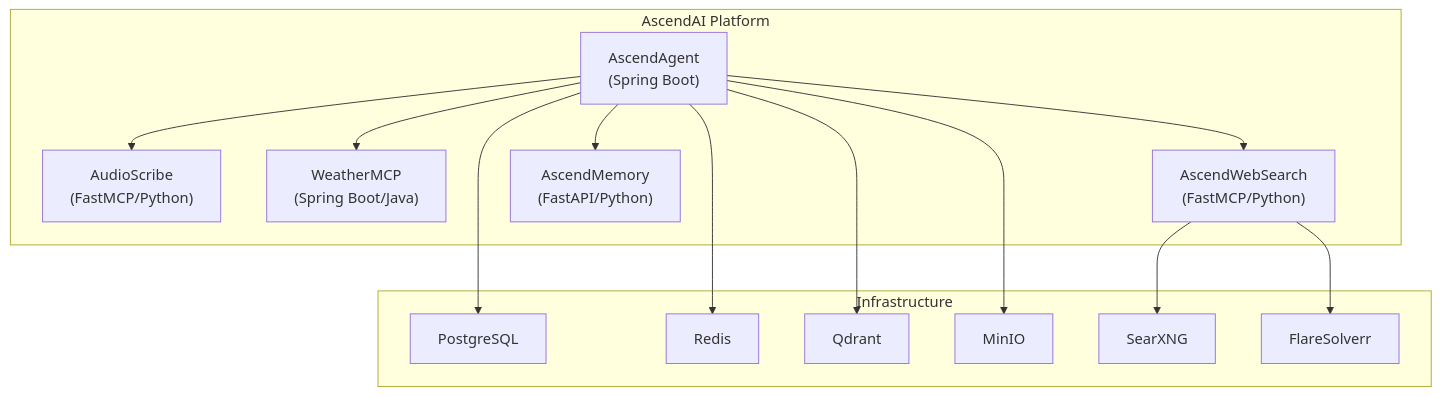
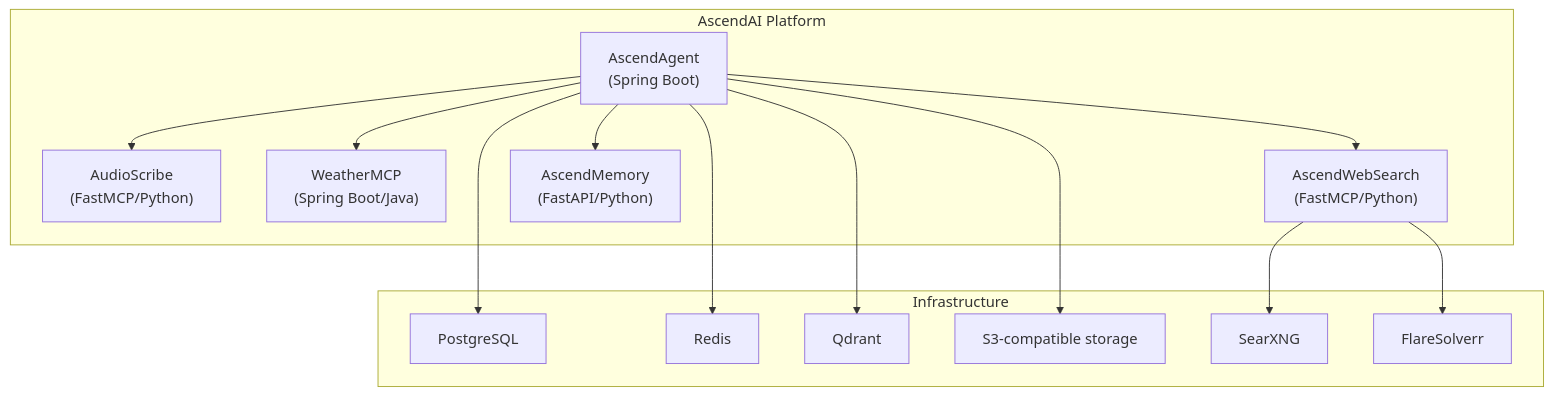
The first of 2 diagrams in AscendAgent/docs/architecture/arc42/05-building-block-view.md (Lukk17/AscendAI), drawn with Mermaid before and after one commit. The commit also changed 207 other files, not shown here.

First line of the commit message:
feat(storage): replace MinIO with Floci as the local object store

````diff
--- a/AscendAgent/docs/architecture/arc42/05-building-block-view.md
+++ b/AscendAgent/docs/architecture/arc42/05-building-block-view.md
@@ -7,30 +7,30 @@
 ```mermaid
 graph TB
     subgraph "AscendAI Platform"
         AscendAgent["AscendAgent<br/>(Spring Boot)"]
         AudioScribe["AudioScribe<br/>(FastMCP/Python)"]
         Weather["WeatherMCP<br/>(Spring Boot/Java)"]
         WebSearch["AscendWebSearch<br/>(FastMCP/Python)"]
         Memory["AscendMemory<br/>(FastAPI/Python)"]
     end
 
     subgraph "Infrastructure"
         Postgres["PostgreSQL"]
         Redis["Redis"]
         Qdrant["Qdrant"]
-        MinIO["MinIO"]
+        S3["S3-compatible storage"]
         SearXNG["SearXNG"]
         FlareSolverr["FlareSolverr"]
     end
 
     AscendAgent --> AudioScribe
     AscendAgent --> Weather
     AscendAgent --> WebSearch
     AscendAgent --> Memory
     AscendAgent --> Postgres
     AscendAgent --> Redis
     AscendAgent --> Qdrant
-    AscendAgent --> MinIO
+    AscendAgent --> S3
     WebSearch --> SearXNG
     WebSearch --> FlareSolverr
 ```
````
